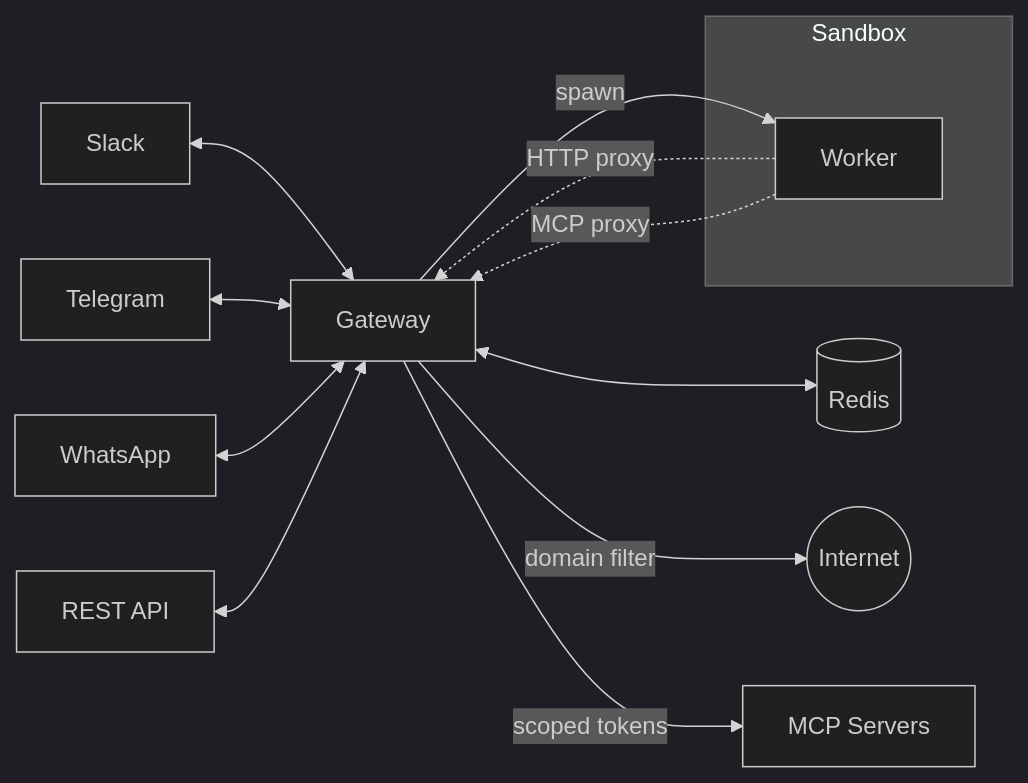
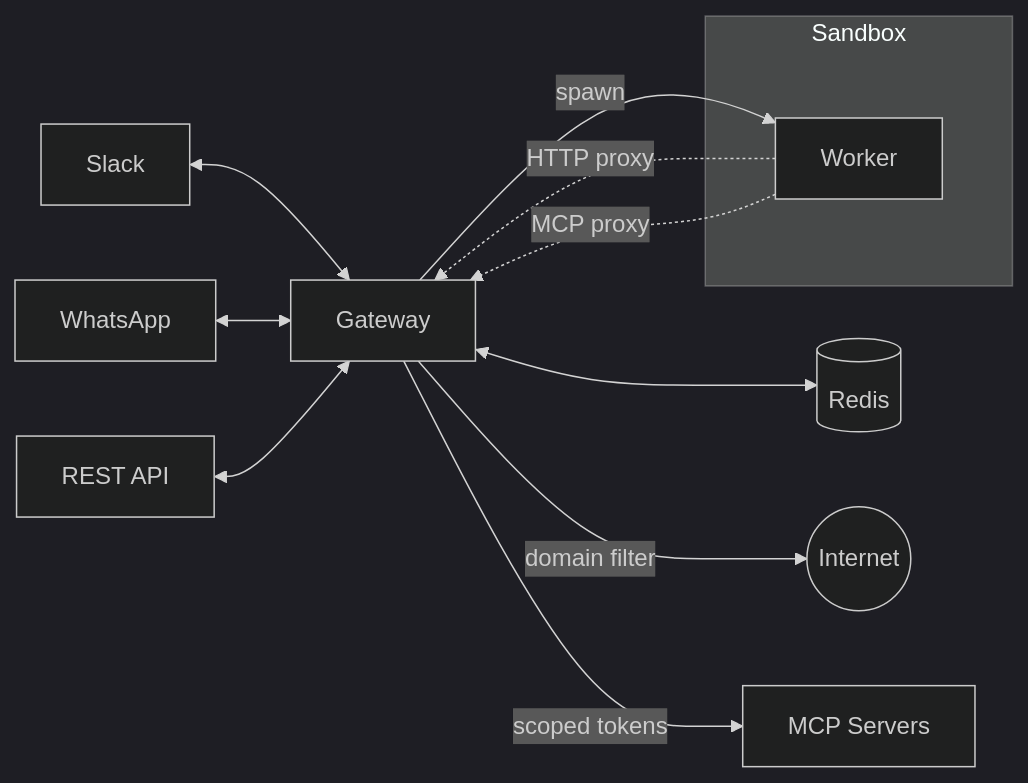
The diagram in README.md (fuxingloh/lobu), drawn with Mermaid (dark theme) before and after one commit. The commit also changed other lines of this file and 33 other files, not shown here.

````diff
--- a/README.md
+++ b/README.md
@@ -52,19 +48,18 @@
 ```mermaid
 flowchart LR
   Slack[Slack] <--> GW[Gateway]
-  Telegram[Telegram] <--> GW
   WhatsApp[WhatsApp] <--> GW
   API[REST API] <--> GW
 
   GW <--> Redis[(Redis)]
   GW -->|spawn| W[Worker]
 
   subgraph Sandbox
     W
   end
 
   W -.->|HTTP proxy| GW
   W -.->|MCP proxy| GW
   GW -->|domain filter| Internet((Internet))
   GW -->|scoped tokens| MCP[MCP Servers]
 ```
````
